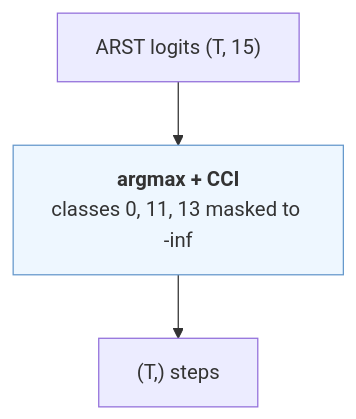
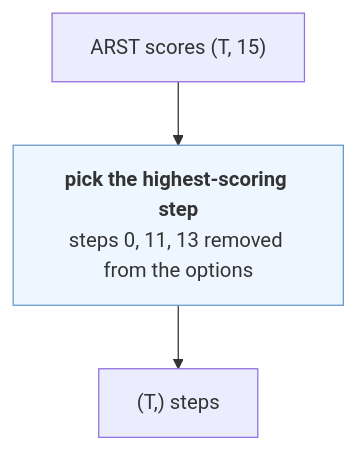
Before and after one commit to wylliamunlimited/pitvis-phase-recognition: the second of 4 diagrams in notes/models/step-variants.md, drawn with Mermaid. The commit also changed other lines of this file, not shown here.

First line of the commit message:
docs(step-variants): plain language, same numbers

````diff
--- a/notes/models/step-variants.md
+++ b/notes/models/step-variants.md
@@ -66,8 +84,8 @@
 ```mermaid
 flowchart TD
-    AR["ARST logits (T, 15)"]
-    D["<b>argmax + CCI</b><br/>classes 0, 11, 13 masked to -inf"]
+    AR["ARST scores (T, 15)"]
+    D["<b>pick the highest-scoring step</b><br/>steps 0, 11, 13 removed from the options"]
     P["(T,) steps"]
     AR --> D --> P
     style D fill:#eef7ff,stroke:#69c
 ```
````
